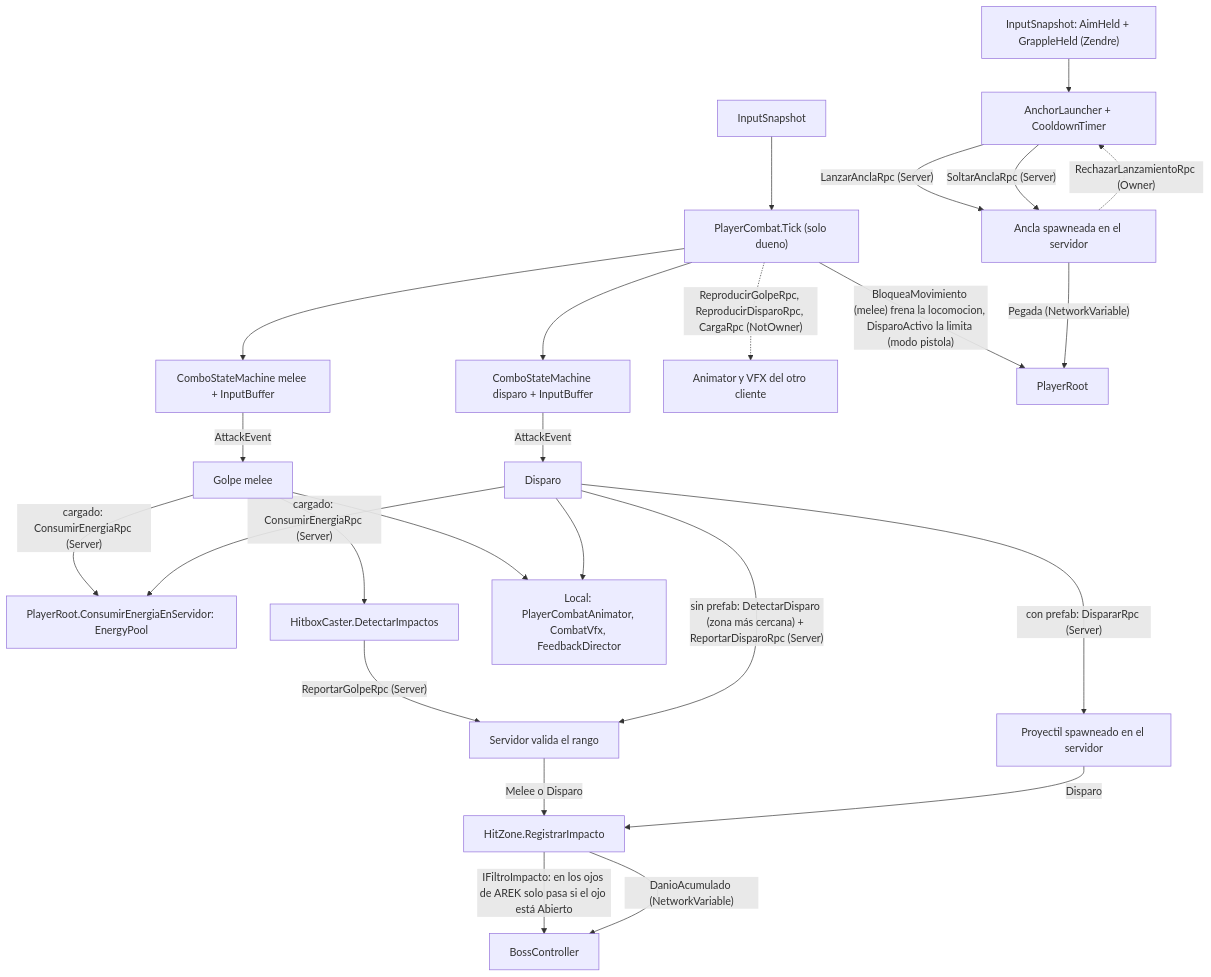
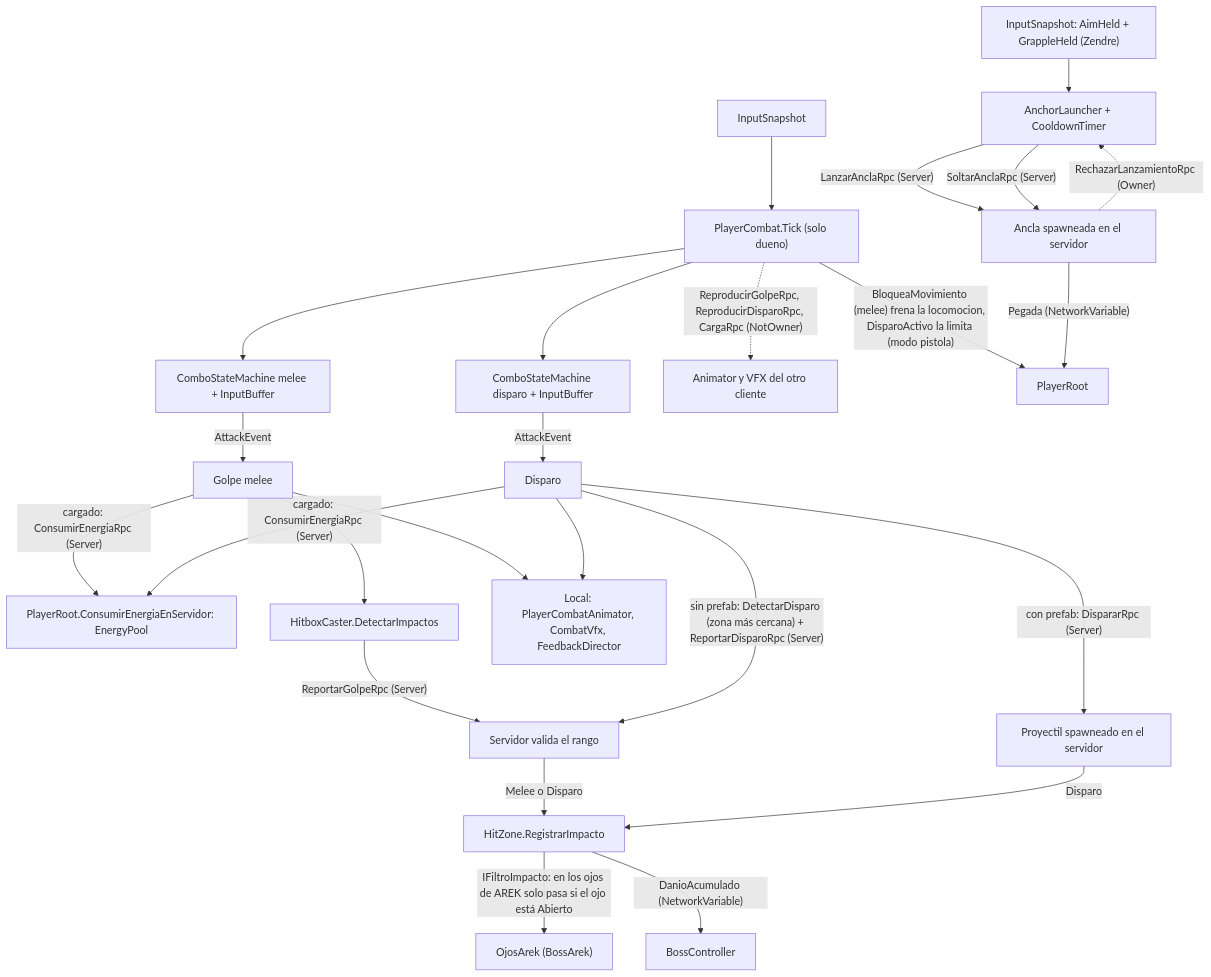
The diagram in docs/diagrams/combat.mermaid (VicBojoDev10/DeathOfMeaningRepo), drawn with Mermaid before and after one commit. The commit also changed 1 other file, not shown here.

Commit message:
doc: show eye component in the boss diagram

```diff
--- a/docs/diagrams/combat.mermaid
+++ b/docs/diagrams/combat.mermaid
@@ -1,25 +1,25 @@
 flowchart TD
     IN[InputSnapshot] --> PC["PlayerCombat.Tick (solo dueno)"]
     PC --> MEL["ComboStateMachine melee + InputBuffer"]
     PC --> RNG["ComboStateMachine disparo + InputBuffer"]
     MEL -->|AttackEvent| GOLPE[Golpe melee]
     RNG -->|AttackEvent| DISP[Disparo]
     GOLPE -->|"cargado: ConsumirEnergiaRpc (Server)"| EN["PlayerRoot.ConsumirEnergiaEnServidor: EnergyPool"]
     DISP -->|"cargado: ConsumirEnergiaRpc (Server)"| EN
     GOLPE --> HB[HitboxCaster.DetectarImpactos]
     HB -->|"ReportarGolpeRpc (Server)"| VAL[Servidor valida el rango]
     DISP -->|"con prefab: DispararRpc (Server)"| PROY[Proyectil spawneado en el servidor]
     DISP -->|"sin prefab: DetectarDisparo (zona más cercana) + ReportarDisparoRpc (Server)"| VAL
     VAL -->|"Melee o Disparo"| HZ[HitZone.RegistrarImpacto]
     PROY -->|Disparo| HZ
-    HZ -->|"IFiltroImpacto: en los ojos de AREK solo pasa si el ojo está Abierto"| BOSS[BossController]
-    HZ -->|"DanioAcumulado (NetworkVariable)"| BOSS
+    HZ -->|"IFiltroImpacto: en los ojos de AREK solo pasa si el ojo está Abierto"| OJA["OjosArek (BossArek)"]
+    HZ -->|"DanioAcumulado (NetworkVariable)"| BOSS[BossController]
     GOLPE --> LOCAL["Local: PlayerCombatAnimator, CombatVfx, FeedbackDirector"]
     DISP --> LOCAL
     PC -.->|"ReproducirGolpeRpc, ReproducirDisparoRpc, CargaRpc (NotOwner)"| REM[Animator y VFX del otro cliente]
     PC -->|"BloqueaMovimiento (melee) frena la locomocion, DisparoActivo la limita (modo pistola)"| ROOT[PlayerRoot]
     INZ["InputSnapshot: AimHeld + GrappleHeld (Zendre)"] --> AL["AnchorLauncher + CooldownTimer"]
     AL -->|"LanzarAnclaRpc (Server)"| AN[Ancla spawneada en el servidor]
     AL -->|"SoltarAnclaRpc (Server)"| AN
     AN -.->|"RechazarLanzamientoRpc (Owner)"| AL
     AN -->|"Pegada (NetworkVariable)"| ROOT
```
